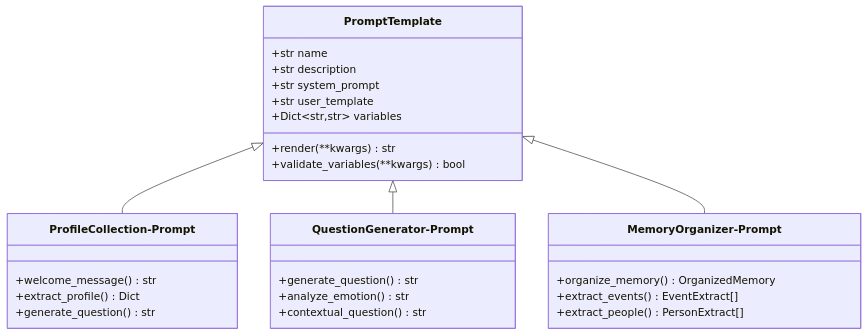
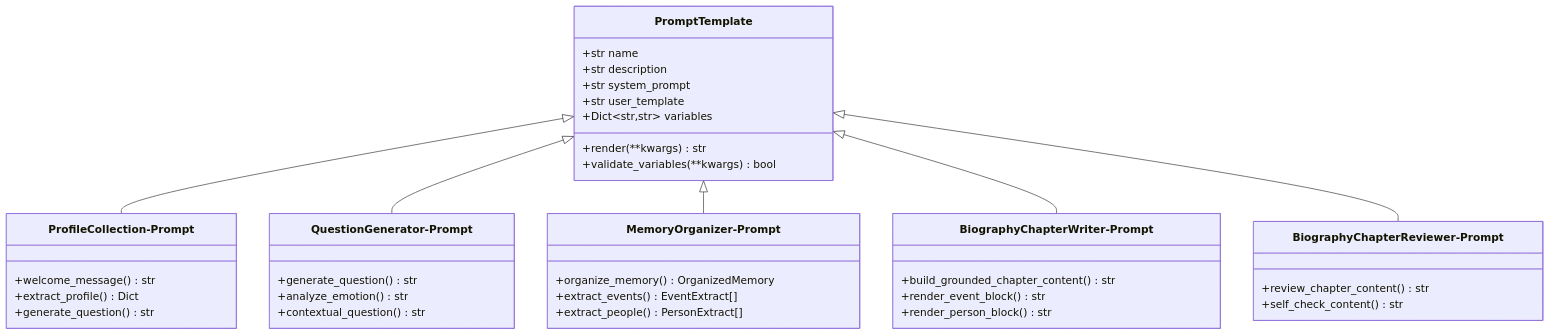
One commit to WangYiKai1017/zizuan changed diagram 12 of 14 in .qoder/repowiki/zh/content/自传生成系统.md. Above: the diagram before and after it, drawn with Mermaid. The commit also changed other lines of this file and 99 other files, not shown here.

````diff
--- a/.qoder/repowiki/zh/content/自传生成系统.md
+++ b/.qoder/repowiki/zh/content/自传生成系统.md
@@ -365,30 +572,41 @@
 ```mermaid
 classDiagram
 class PromptTemplate {
 +str name
 +str description
 +str system_prompt
 +str user_template
 +Dict~str,str~ variables
 +render(**kwargs) str
 +validate_variables(**kwargs) bool
 }
 class ProfileCollection-Prompt {
 +welcome_message() str
 +extract_profile() Dict
 +generate_question() str
 }
 class QuestionGenerator-Prompt {
 +generate_question() str
 +analyze_emotion() str
 +contextual_question() str
 }
 class MemoryOrganizer-Prompt {
 +organize_memory() OrganizedMemory
 +extract_events() EventExtract[]
 +extract_people() PersonExtract[]
 }
+class BiographyChapterWriter-Prompt {
++build_grounded_chapter_content() str
++render_event_block() str
++render_person_block() str
+}
+class BiographyChapterReviewer-Prompt {
++review_chapter_content() str
++self_check_content() str
+}
 PromptTemplate <|-- ProfileCollection-Prompt
 PromptTemplate <|-- QuestionGenerator-Prompt
 PromptTemplate <|-- MemoryOrganizer-Prompt
+PromptTemplate <|-- BiographyChapterWriter-Prompt
+PromptTemplate <|-- BiographyChapterReviewer-Prompt
 ```
````
